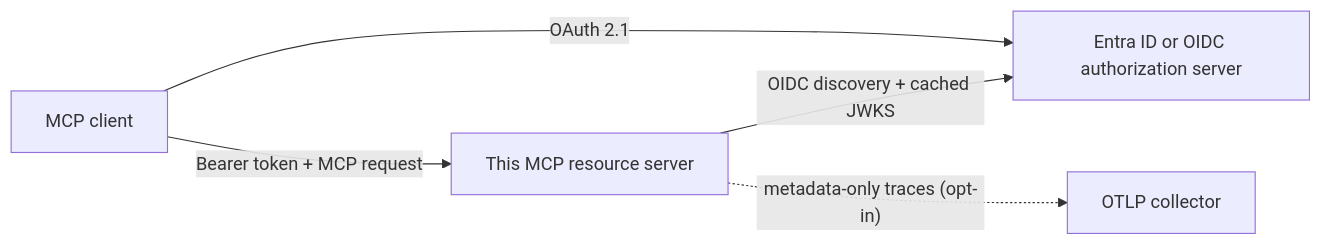
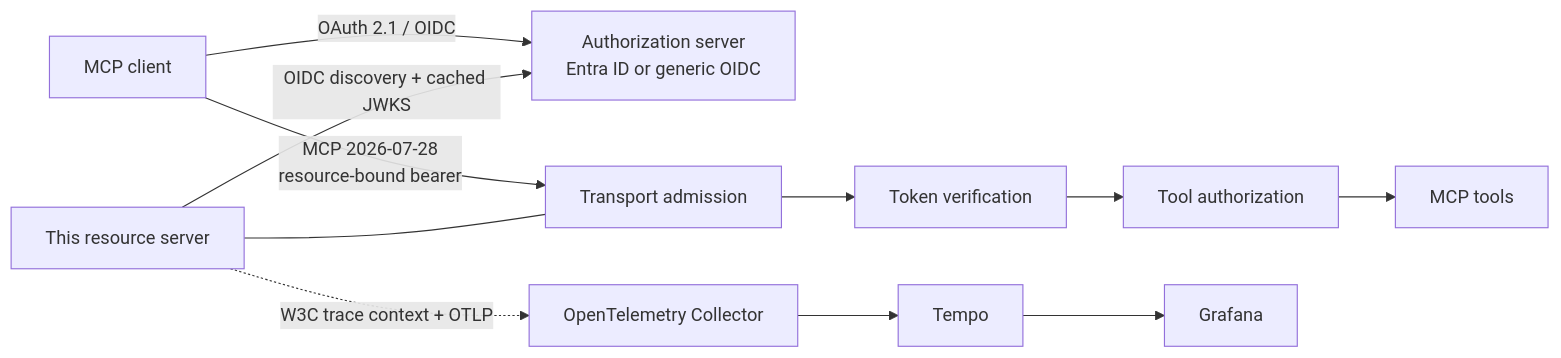
One commit to brunovicco/mcp-server-auth-template changed the diagram in README.md. Above: the diagram before and after it, drawn with Mermaid. The commit also changed other lines of this file and 42 other files, not shown here.

````diff
--- a/README.md
+++ b/README.md
@@ -55,7 +38,14 @@
 ```mermaid
 flowchart LR
-    Client["MCP client"] -->|"Bearer token + MCP request"| Server["This MCP resource server"]
-    Client -->|"OAuth 2.1"| AS["Entra ID or OIDC authorization server"]
+    Client["MCP client"] -->|"OAuth 2.1 / OIDC"| AS["Authorization server<br/>Entra ID or generic OIDC"]
+    Client -->|"MCP 2026-07-28<br/>resource-bound bearer"| Admission["Transport admission"]
+    Admission --> AuthN["Token verification"]
+    AuthN --> AuthZ["Tool authorization"]
+    AuthZ --> Tools["MCP tools"]
+    Server["This resource server"] --- Admission
+
     Server -->|"OIDC discovery + cached JWKS"| AS
-    Server -.->|"metadata-only traces (opt-in)"| OTLP["OTLP collector"]
+    Server -.->|"W3C trace context + OTLP"| Collector["OpenTelemetry Collector"]
+    Collector --> Tempo["Tempo"]
+    Tempo --> Grafana["Grafana"]
 ```
````
